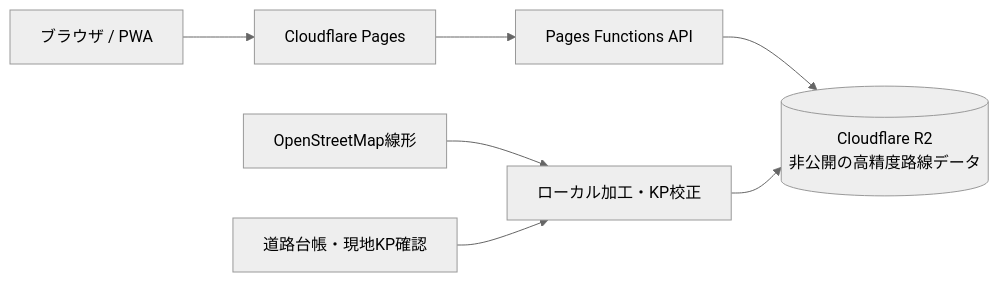
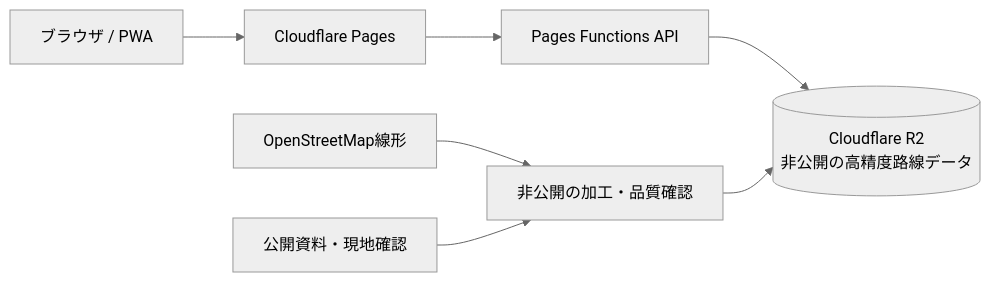
One commit to shoxtechlab/highway-kp-viewer-public changed the diagram in README.md. Above: the diagram before and after it, drawn with Mermaid (neutral theme). The commit also changed other lines of this file and 7 other files, not shown here.

````diff
--- a/README.md
+++ b/README.md
@@ -75,9 +81,9 @@
 ```mermaid
 flowchart LR
   U[ブラウザ / PWA] --> P[Cloudflare Pages]
   P --> F[Pages Functions API]
   F --> R[(Cloudflare R2\n非公開の高精度路線データ)]
-  O[OpenStreetMap線形] --> C[ローカル加工・KP校正]
-  M[道路台帳・現地KP確認] --> C
+  O[OpenStreetMap線形] --> C[非公開の加工・品質確認]
+  M[公開資料・現地確認] --> C
   C --> R
 ```
````
